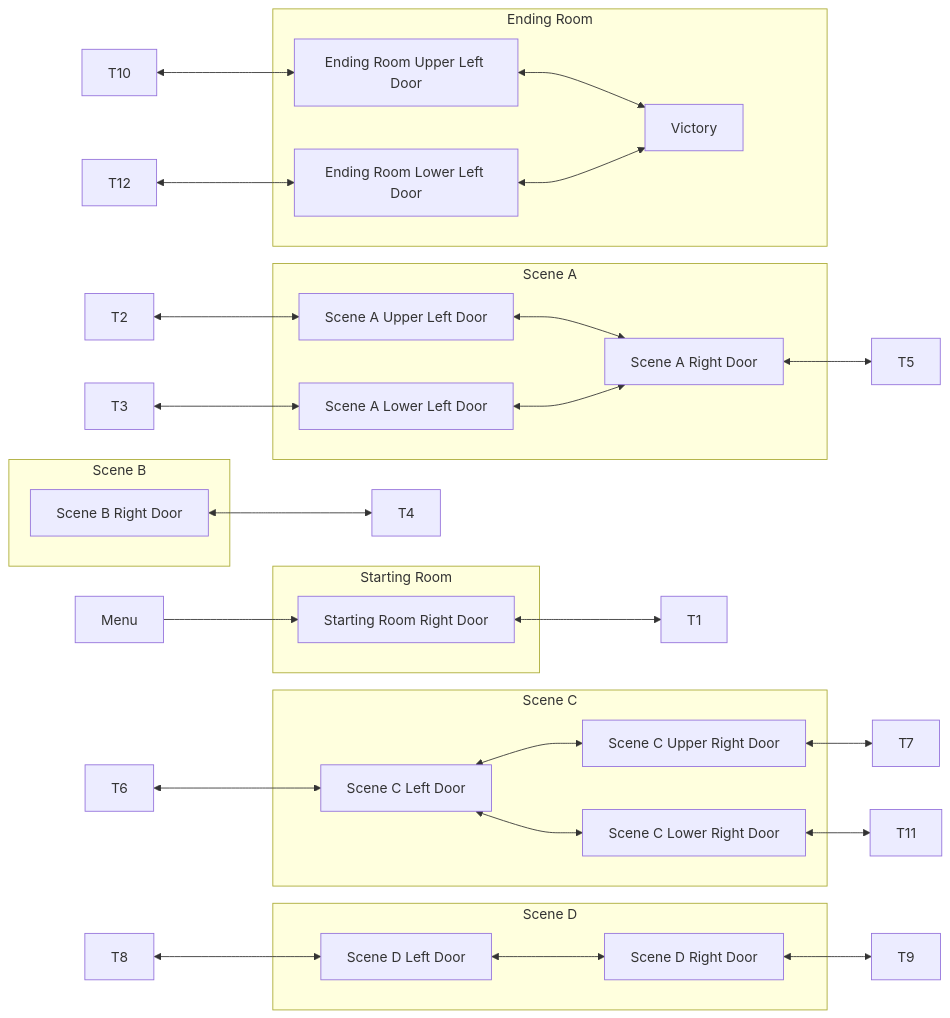
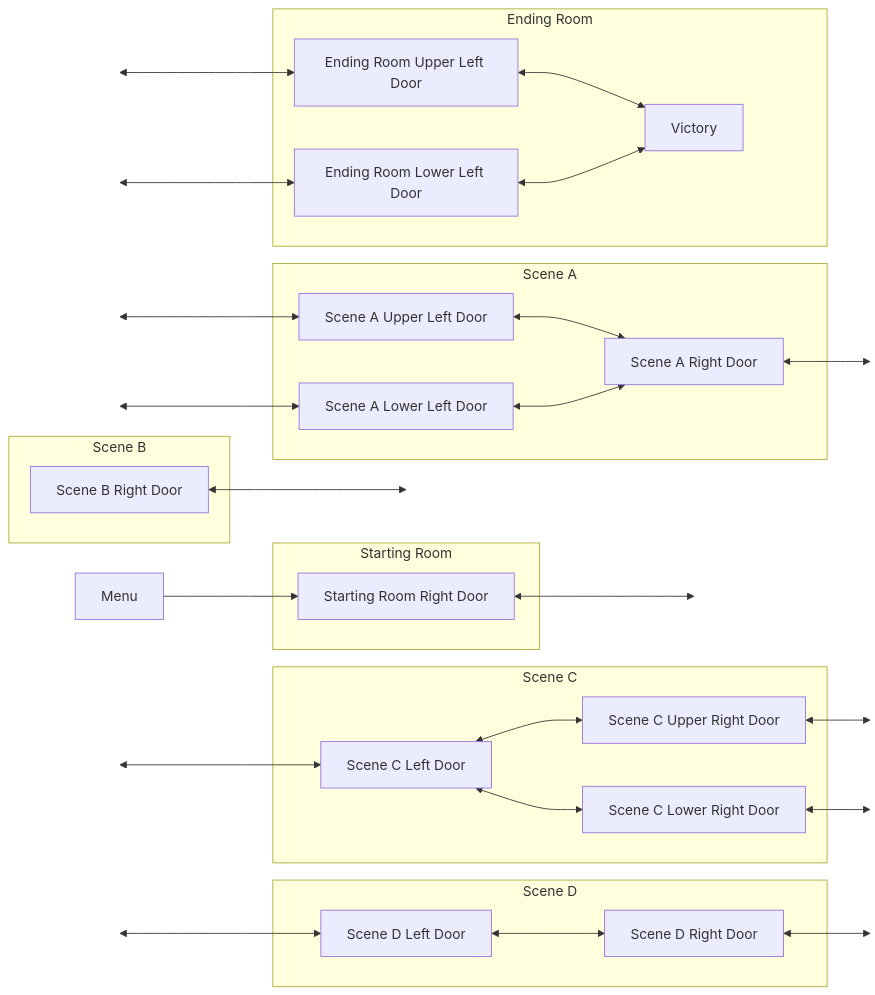
The second of 4 diagrams in docs/entrance randomization.md (ArchipelagoMW/Archipelago), drawn with Mermaid before and after one commit. The commit also changed other lines of this file, not shown here.

Commit message:
Fix rendering of hidden nodes in ER doc

````diff
--- a/docs/entrance randomization.md
+++ b/docs/entrance randomization.md
@@ -70,38 +72,40 @@
 ```mermaid
 %%{init: {"graph": {"defaultRenderer": "elk"}} }%%
 graph LR
     subgraph startingRoom [Starting Room]
         S[Starting Room Right Door]
     end
     subgraph sceneA [Scene A]
         AL1[Scene A Upper Left Door] <--> AR1[Scene A Right Door]
         AL2[Scene A Lower Left Door] <--> AR1
     end
     subgraph sceneB [Scene B]
         BR1[Scene B Right Door]
     end
     subgraph sceneC [Scene C]
         CL1[Scene C Left Door] <--> CR1[Scene C Upper Right Door]
         CL1 <--> CR2[Scene C Lower Right Door]
     end
     subgraph sceneD [Scene D]
         DL1[Scene D Left Door] <--> DR1[Scene D Right Door]
     end
     subgraph endingRoom [Ending Room]
         EL1[Ending Room Upper Left Door] <--> Victory
         EL2[Ending Room Lower Left Door] <--> Victory
     end
     Menu --> S
     S <--> T1:::hidden
     T2:::hidden <--> AL1
     T3:::hidden <--> AL2
     AR1 <--> T5:::hidden
     BR1 <--> T4:::hidden
     T6:::hidden <--> CL1
     CR1 <--> T7:::hidden
     CR2 <--> T11:::hidden
     T8:::hidden <--> DL1
     DR1 <--> T9:::hidden
     T10:::hidden <--> EL1
     T12:::hidden <--> EL2
+    
+    classDef hidden display:none;
 ```
````
